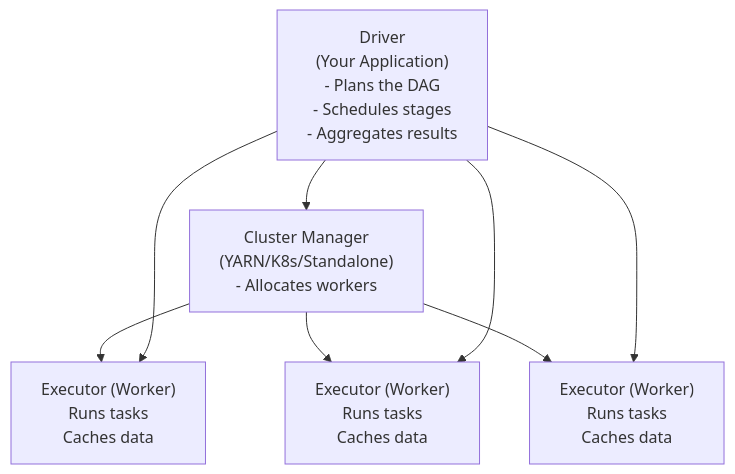
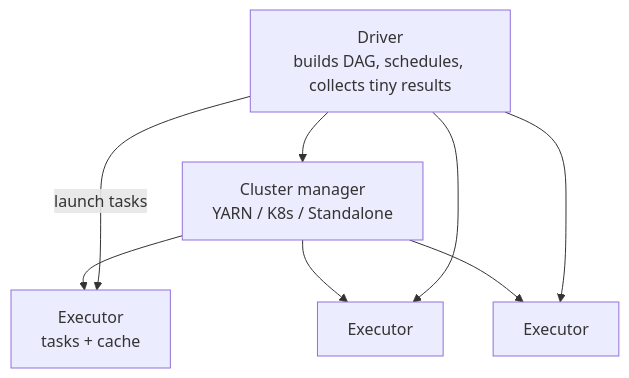
The second of 2 diagrams in docs/foundations/distributed-execution.md (sanketn26/data-engineering), drawn with Mermaid before and after one commit. The commit also changed other lines of this file and 107 other files, not shown here.

````diff
--- a/docs/foundations/distributed-execution.md
+++ b/docs/foundations/distributed-execution.md
@@ -75,16 +96,15 @@
 ```mermaid
 graph TD
-    Driver["Driver\n(Your Application)\n- Plans the DAG\n- Schedules stages\n- Aggregates results"]
-    CM["Cluster Manager\n(YARN/K8s/Standalone)\n- Allocates workers"]
-    E1["Executor (Worker)\nRuns tasks\nCaches data"]
-    E2["Executor (Worker)\nRuns tasks\nCaches data"]
-    E3["Executor (Worker)\nRuns tasks\nCaches data"]
-
+    Driver["Driver<br/>builds DAG, schedules, collects tiny results"]
+    CM["Cluster manager<br/>YARN / K8s / Standalone"]
+    E1["Executor<br/>tasks + cache"]
+    E2["Executor"]
+    E3["Executor"]
     Driver --> CM
     CM --> E1
     CM --> E2
     CM --> E3
-    Driver --> E1
+    Driver -->|"launch tasks"| E1
     Driver --> E2
     Driver --> E3
 ```
````
